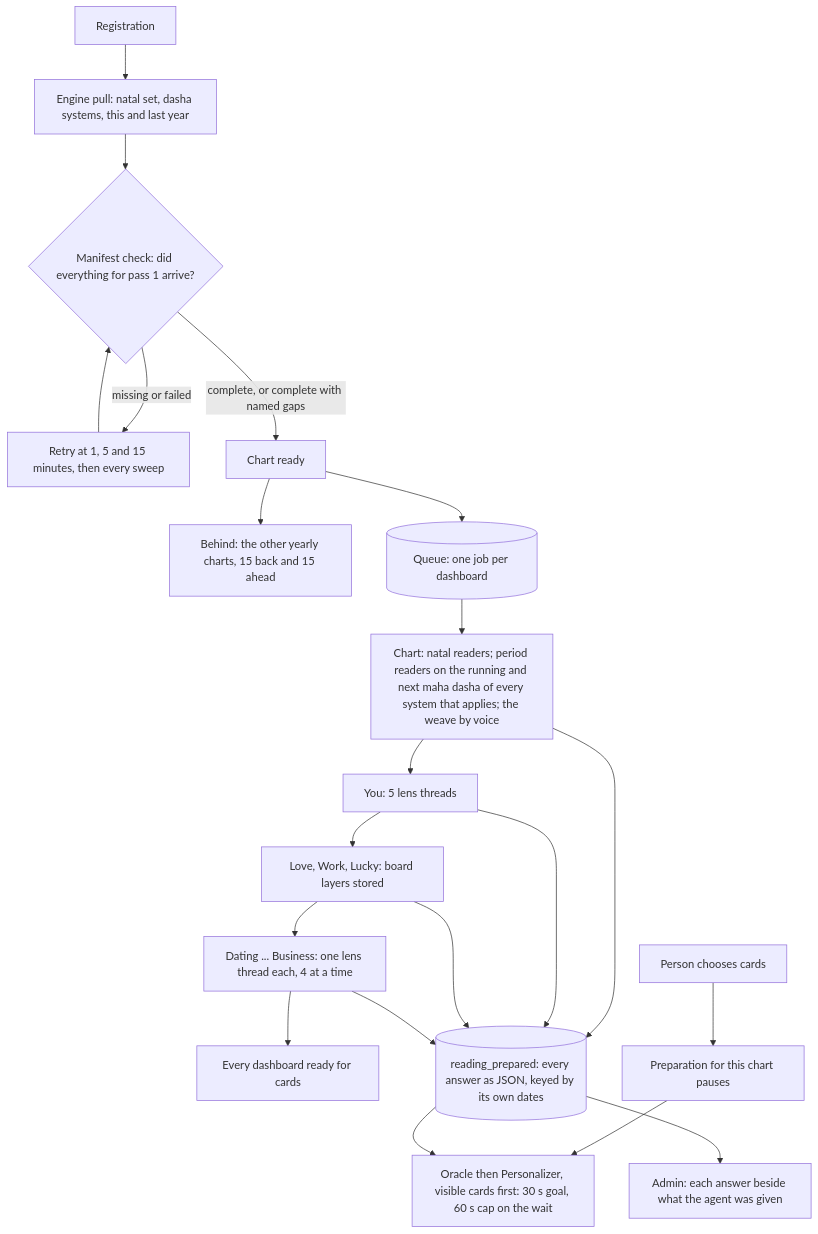
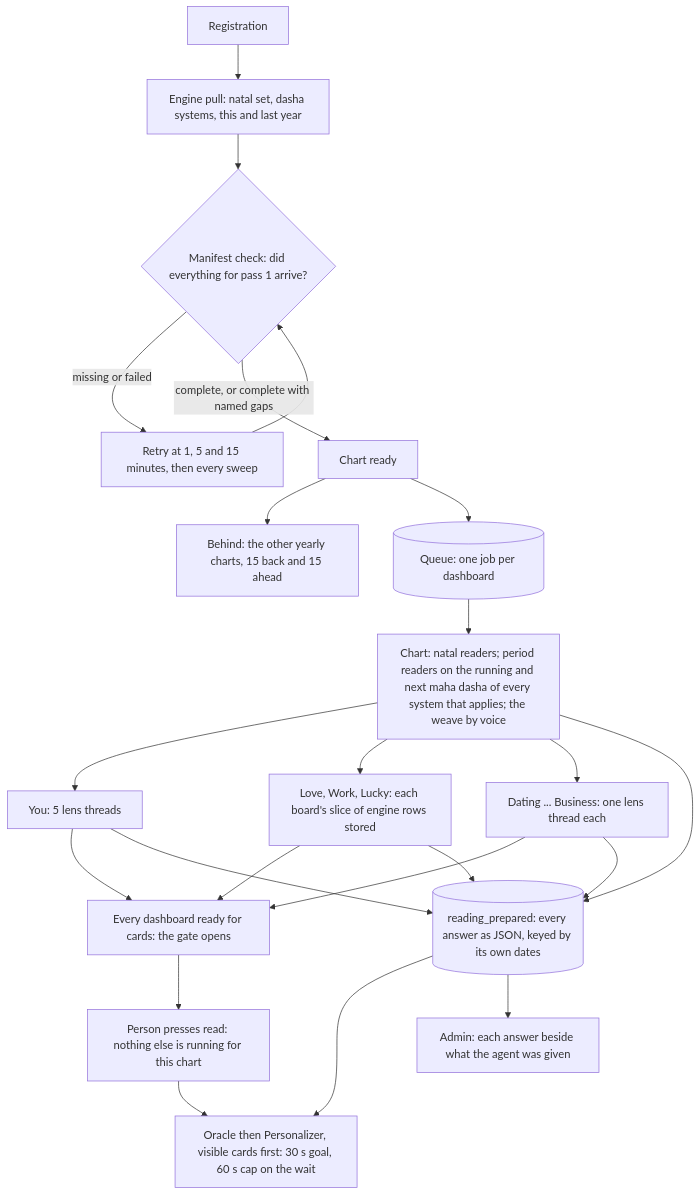
The second of 2 diagrams in docs/techniques/11-reading-prepared-ahead.md (sachinm/AIAstraServer), drawn with Mermaid before and after one commit. The commit also changed other lines of this file and 16 other files, not shown here.

````diff
--- a/docs/techniques/11-reading-prepared-ahead.md
+++ b/docs/techniques/11-reading-prepared-ahead.md
@@ -147,22 +180,24 @@
 ```mermaid
 flowchart TD
   R[Registration] --> P[Engine pull: natal set, dasha systems, this and last year]
   P --> M{Manifest check: did everything for pass 1 arrive?}
   M -->|missing or failed| RT[Retry at 1, 5 and 15 minutes, then every sweep] --> M
   M -->|complete, or complete with named gaps| CR[Chart ready]
   CR --> BG[Behind: the other yearly charts, 15 back and 15 ahead]
   CR --> Q[(Queue: one job per dashboard)]
   Q --> J0[Chart: natal readers; period readers on the running and next maha dasha of every system that applies; the weave by voice]
   J0 --> J1[You: 5 lens threads]
-  J1 --> J2[Love, Work, Lucky: board layers stored]
-  J2 --> J3[Dating ... Business: one lens thread each, 4 at a time]
-  J3 --> RDY[Every dashboard ready for cards]
-  PICK[Person chooses cards] --> FOCUS[Preparation for this chart pauses]
-  FOCUS --> O[Oracle then Personalizer, visible cards first: 30 s goal, 60 s cap on the wait]
+  J0 --> J2[Love, Work, Lucky: each board's slice of engine rows stored]
+  J0 --> J3[Dating ... Business: one lens thread each]
+  J1 --> RDY[Every dashboard ready for cards: the gate opens]
+  J2 --> RDY
+  J3 --> RDY
+  RDY --> PICK[Person presses read: nothing else is running for this chart]
+  PICK --> O[Oracle then Personalizer, visible cards first: 30 s goal, 60 s cap on the wait]
   J0 --> ST[(reading_prepared: every answer as JSON, keyed by its own dates)]
   J1 --> ST
   J2 --> ST
   J3 --> ST
   ST --> O
   ST --> REV[Admin: each answer beside what the agent was given]
 ```
````
